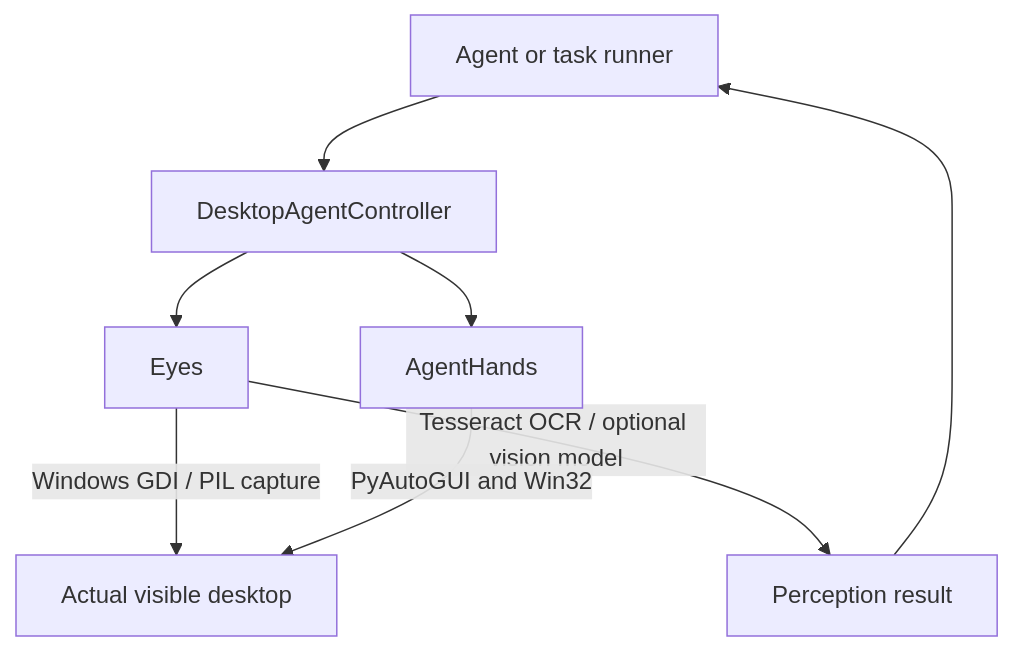
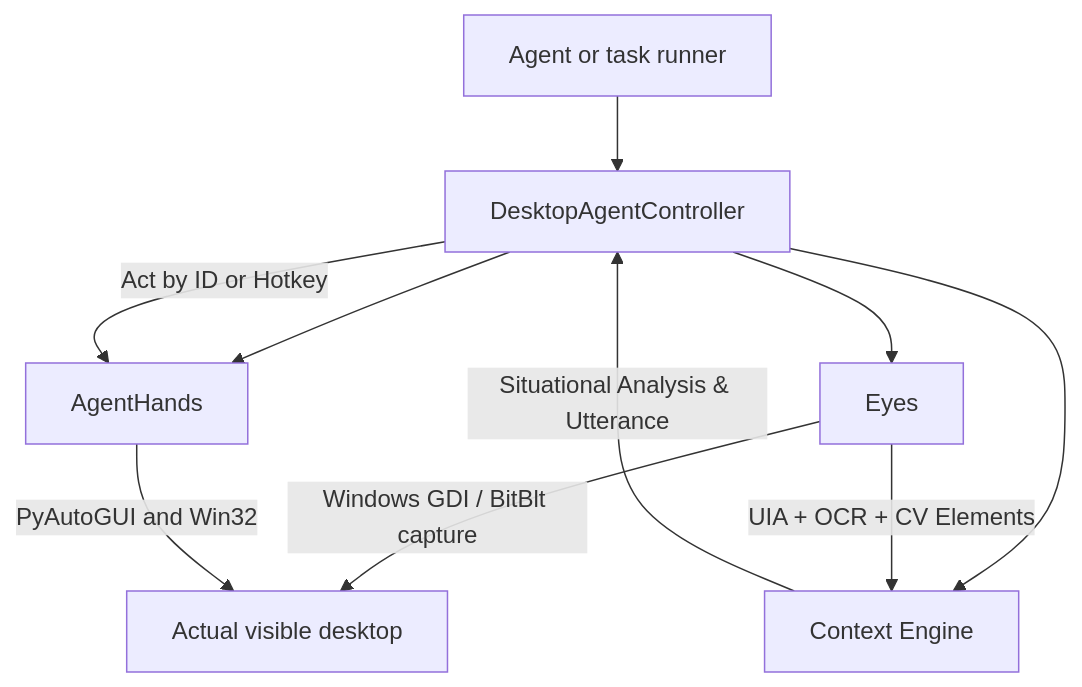
The diagram in ARCHITECTURE.md (cheron2000/Agent), drawn with Mermaid before and after one commit. The commit also changed other lines of this file and 9 other files, not shown here.

Commit message:
feat: add cognitive Context layer for situational reasoning, adaptive utterances, and autonomous next-step decisions

````diff
--- a/ARCHITECTURE.md
+++ b/ARCHITECTURE.md
@@ -9,10 +9,12 @@
 ```mermaid
 flowchart TD
     R[Agent or task runner] --> C[DesktopAgentController]
     C --> E[Eyes]
+    C --> X[Context Engine]
     C --> H[AgentHands]
-    E -->|Windows GDI / PIL capture| D[Actual visible desktop]
-    E -->|Tesseract OCR / optional vision model| P[Perception result]
+    E -->|Windows GDI / BitBlt capture| D[Actual visible desktop]
+    E -->|UIA + OCR + CV Elements| X
+    X -->|Situational Analysis & Utterance| C
+    C -->|Act by ID or Hotkey| H
     H -->|PyAutoGUI and Win32| D
-    P --> R
 ```
````
